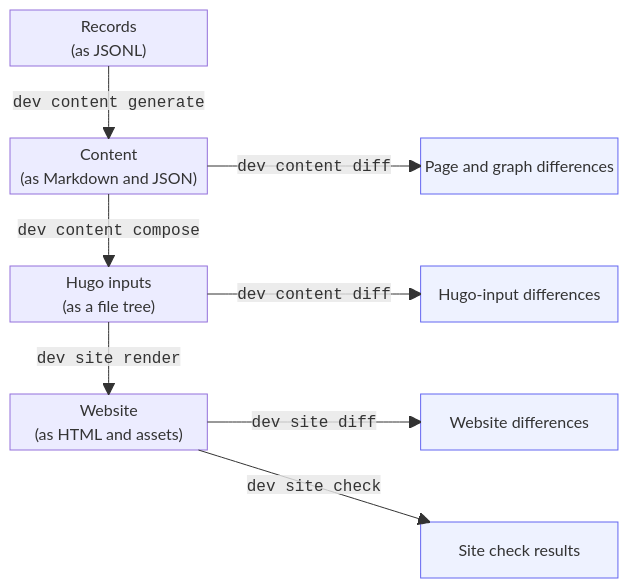
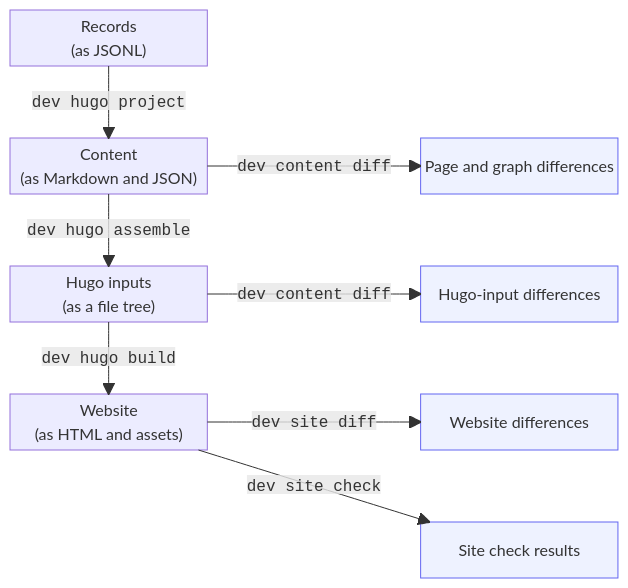
Before and after one commit to ORINOCO-Lite/orinoco-lite-dev: the second of 2 diagrams in docs/agents/staged-upstream-validation.md, drawn with Mermaid. The commit also changed other lines of this file, not shown here.

````diff
--- a/docs/agents/staged-upstream-validation.md
+++ b/docs/agents/staged-upstream-validation.md
@@ -85,23 +87,23 @@
 ```mermaid
 block-beta
   columns 3
   records["Records<br/>(as JSONL)"] space:2
   space:3
   content["Content<br/>(as Markdown and JSON)"] space contentdiff["Page and graph differences"]
   space:3
   assembly["Hugo inputs<br/>(as a file tree)"] space assemblydiff["Hugo-input differences"]
   space:3
   site["Website<br/>(as HTML and assets)"] space sitediff["Website differences"]
   space:3
   space:2 checks["Site check results"]
 
-  records -- "<code>dev content generate</code>" --> content
-  content -- "<code>dev content compose</code>" --> assembly
-  assembly -- "<code>dev site render</code>" --> site
+  records -- "<code>dev hugo project</code>" --> content
+  content -- "<code>dev hugo assemble</code>" --> assembly
+  assembly -- "<code>dev hugo build</code>" --> site
   content -- "<code>dev content diff</code>" --> contentdiff
   assembly -- "<code>dev content diff</code>" --> assemblydiff
   site -- "<code>dev site diff</code>" --> sitediff
   site -- "<code>dev site check</code>" --> checks
   classDef report fill:#eef2ff,stroke:#6366f1,color:#312e81
   class contentdiff,assemblydiff,sitediff,checks report
 ```
````
